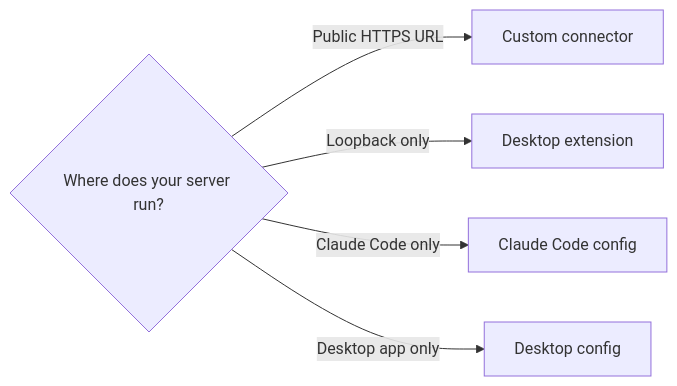
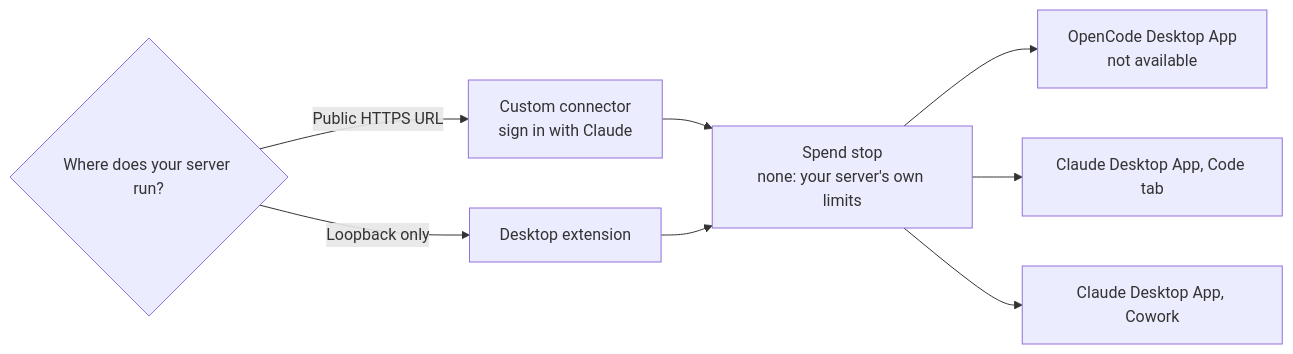
Before and after one commit to SoulCraft-Org/compute-crafter: the diagram in guides/claude-desktop-mcp.md, drawn with Mermaid. The commit also changed other lines of this file and 10 other files, not shown here.

First line of the commit message:
🎨 Guides batch 5: Meshy, Claude Desktop MCP, Logins, Training open with a diagram and a three-host wiring table

````diff
--- a/guides/claude-desktop-mcp.md
+++ b/guides/claude-desktop-mcp.md
@@ -12,7 +5,10 @@
 ```mermaid
 flowchart LR
-  Q{Where does your server run?} -->|Public HTTPS URL| C[Custom connector]
+  Q{Where does your server run?} -->|Public HTTPS URL| C[Custom connector<br/>sign in with Claude]
   Q -->|Loopback only| B[Desktop extension]
-  Q -->|Claude Code only| J[Claude Code config]
-  Q -->|Desktop app only| D[Desktop config]
+  C --> G[Spend stop<br/>none: your server's own limits]
+  B --> G
+  G --> O[OpenCode Desktop App<br/>not available]
+  G --> T[Claude Desktop App, Code tab]
+  G --> W[Claude Desktop App, Cowork]
 ```
````
